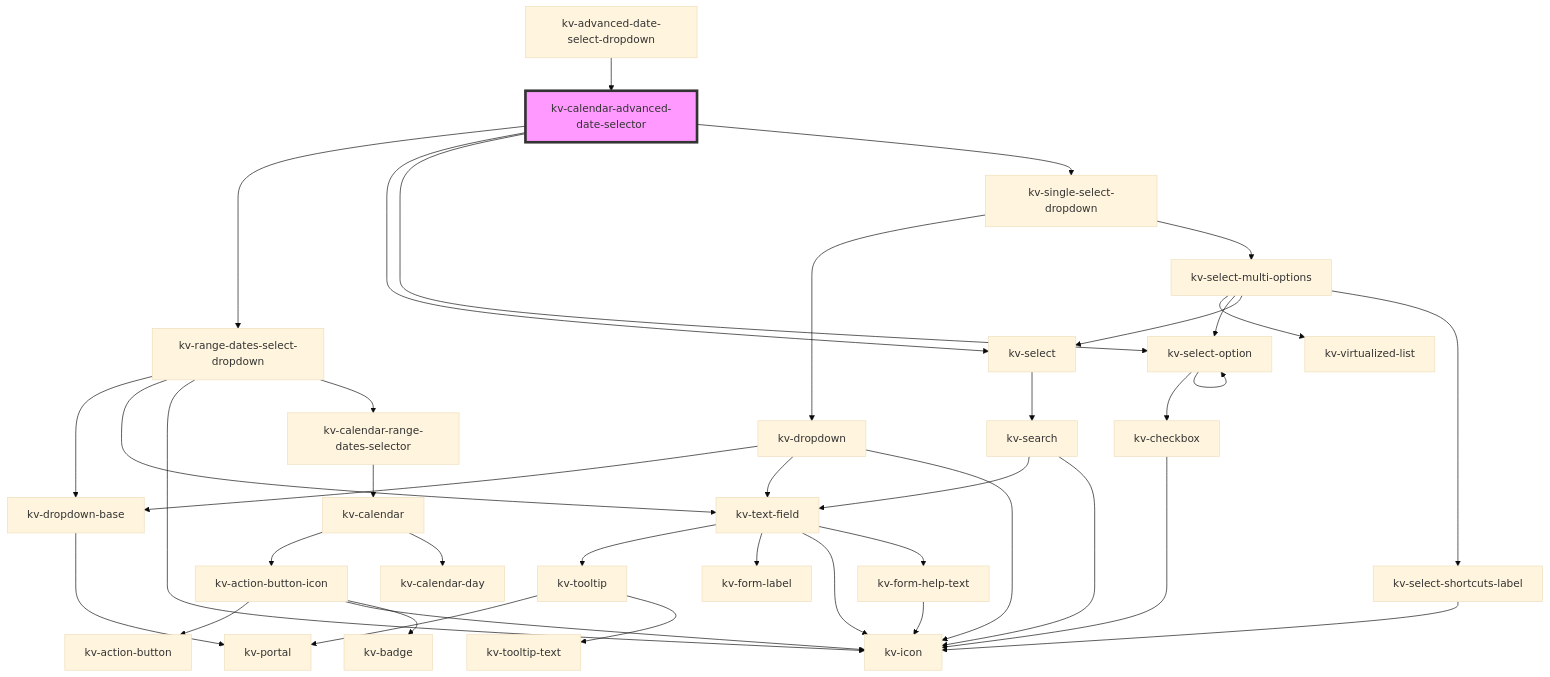
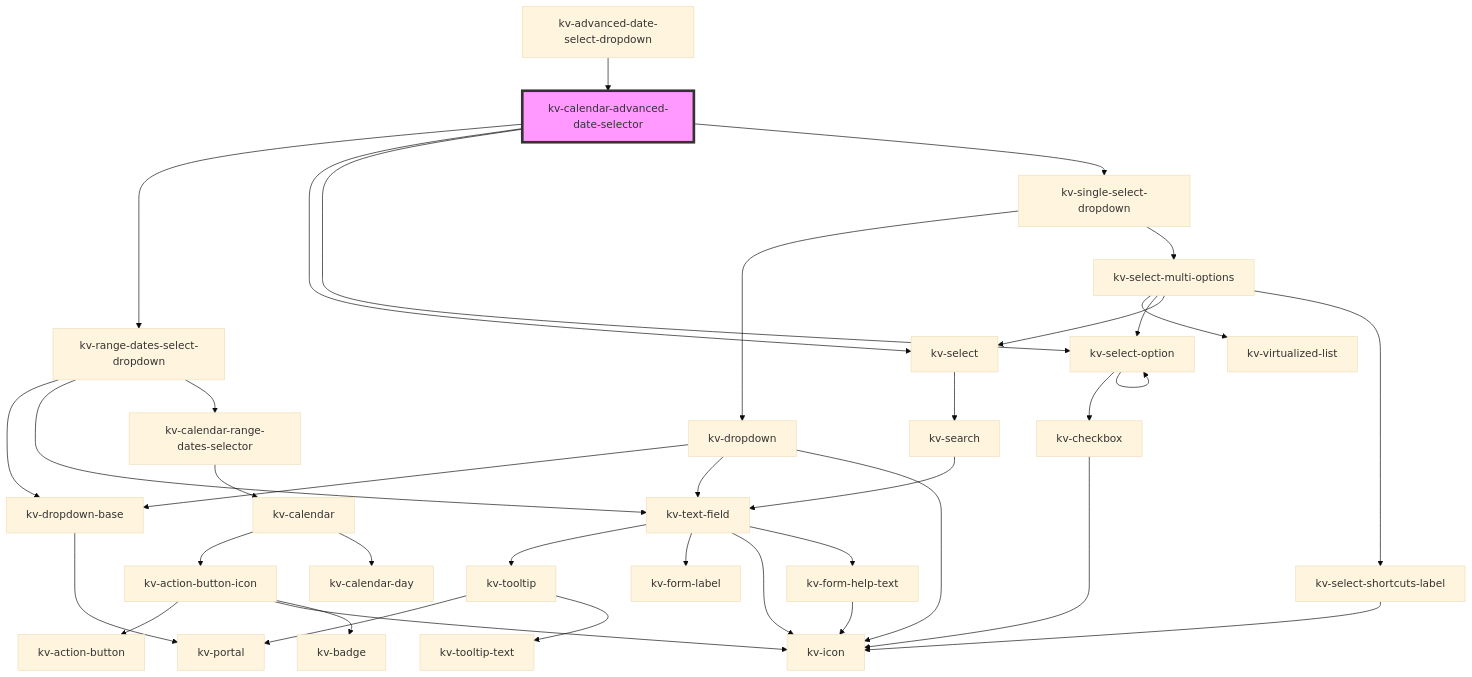
The diagram in packages/ui-components/src/components/calendar-advanced-date-selector/readme.md (kelvininc/ui-components), drawn with Mermaid (base theme) before and after one commit. The commit also changed 25 other files, not shown here.

Commit message:
fix(search): show reset icon when input starts with one

````diff
--- a/packages/ui-components/src/components/calendar-advanced-date-selector/readme.md
+++ b/packages/ui-components/src/components/calendar-advanced-date-selector/readme.md
@@ -126,43 +126,41 @@
 ```mermaid
 graph TD;
   kv-calendar-advanced-date-selector --> kv-range-dates-select-dropdown
   kv-calendar-advanced-date-selector --> kv-select
   kv-calendar-advanced-date-selector --> kv-select-option
   kv-calendar-advanced-date-selector --> kv-single-select-dropdown
   kv-range-dates-select-dropdown --> kv-dropdown-base
   kv-range-dates-select-dropdown --> kv-text-field
-  kv-range-dates-select-dropdown --> kv-icon
   kv-range-dates-select-dropdown --> kv-calendar-range-dates-selector
   kv-dropdown-base --> kv-portal
   kv-text-field --> kv-tooltip
   kv-text-field --> kv-form-label
   kv-text-field --> kv-icon
   kv-text-field --> kv-form-help-text
   kv-tooltip --> kv-portal
   kv-tooltip --> kv-tooltip-text
   kv-form-help-text --> kv-icon
   kv-calendar-range-dates-selector --> kv-calendar
   kv-calendar --> kv-action-button-icon
   kv-calendar --> kv-calendar-day
   kv-action-button-icon --> kv-action-button
   kv-action-button-icon --> kv-icon
   kv-action-button-icon --> kv-badge
   kv-select --> kv-search
   kv-search --> kv-text-field
-  kv-search --> kv-icon
   kv-select-option --> kv-checkbox
   kv-select-option --> kv-select-option
   kv-checkbox --> kv-icon
   kv-single-select-dropdown --> kv-dropdown
   kv-single-select-dropdown --> kv-select-multi-options
   kv-dropdown --> kv-dropdown-base
   kv-dropdown --> kv-text-field
   kv-dropdown --> kv-icon
   kv-select-multi-options --> kv-virtualized-list
   kv-select-multi-options --> kv-select-option
   kv-select-multi-options --> kv-select
   kv-select-multi-options --> kv-select-shortcuts-label
   kv-select-shortcuts-label --> kv-icon
   kv-advanced-date-select-dropdown --> kv-calendar-advanced-date-selector
   style kv-calendar-advanced-date-selector fill:#f9f,stroke:#333,stroke-width:4px
 ```
````
